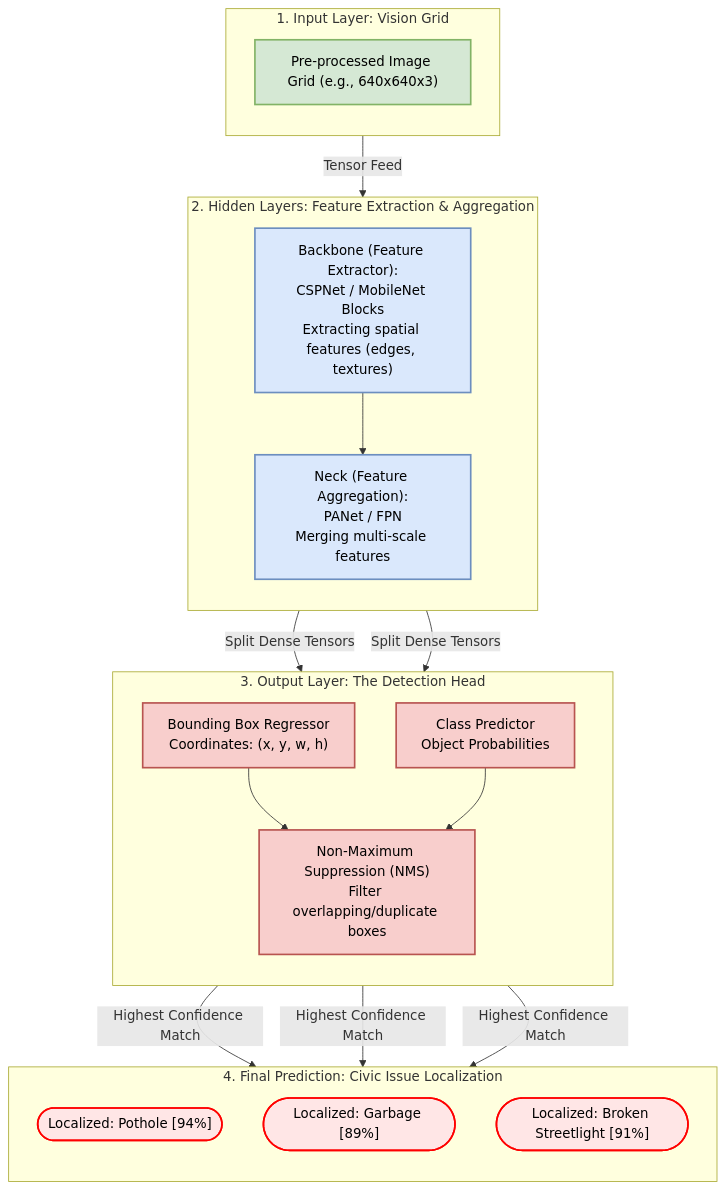
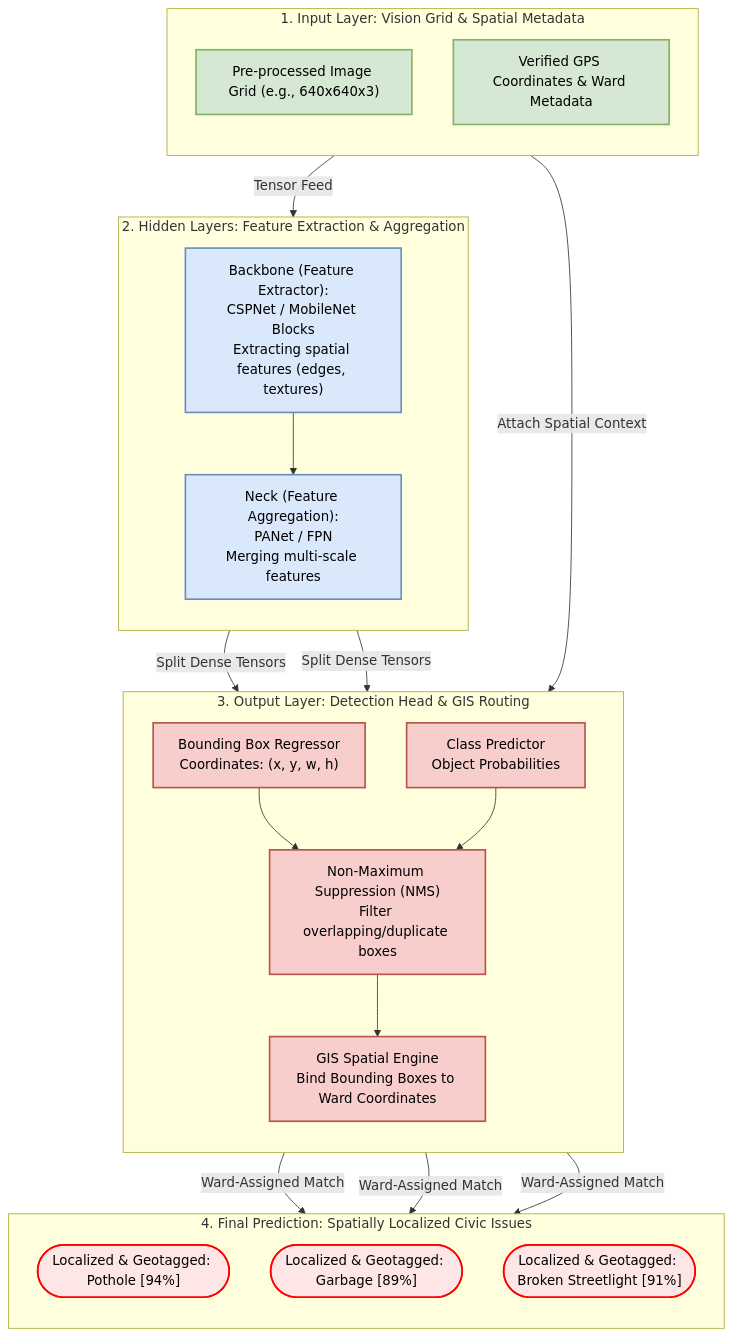
One commit to AryanSahu321/Civic-Issue-Reporting changed the fifth of 7 diagrams in README.md. Above: the diagram before and after it, drawn with Mermaid. The commit also changed other lines of this file, not shown here.

First line of the commit message:
Revise diagrams and descriptions for clarity and context

````diff
--- a/README.md
+++ b/README.md
@@ -450,67 +453,68 @@
 ```mermaid
 graph TD
     %% ==========================================
     %% STYLING & COLOR CODING
     %% ==========================================
-    %% Green for Input Layer
     classDef inputLayer fill:#d5e8d4,stroke:#82b366,stroke-width:2px,color:#000;
-    %% Blue for Backbone/Neck (Hidden Layers)
     classDef hiddenBlock fill:#dae8fc,stroke:#6c8ebf,stroke-width:2px,color:#000;
-    %% Red for Output Layer & Predictions
     classDef outputLayer fill:#f8cecc,stroke:#b85450,stroke-width:2px,color:#000;
     classDef predictLayer fill:#ffe6e6,stroke:#ff0000,stroke-width:2px,color:#000,shape:stadium;
 
     %% ==========================================
-    %% 1. INPUT LAYER
+    %% 1. INPUT LAYER (WITH SPATIAL BINDING)
     %% ==========================================
-    subgraph Sub_Input ["1. Input Layer: Vision Grid"]
+    subgraph Sub_Input ["1. Input Layer: Vision Grid & Spatial Metadata"]
         direction TB
         InputGrid["Pre-processed Image Grid (e.g., 640x640x3)"]:::inputLayer
+        VerifiedGPS["Verified GPS Coordinates & Ward Metadata"]:::inputLayer
     end
 
     %% ==========================================
     %% 2. HIDDEN LAYERS (THE BACKBONE & NECK)
     %% ==========================================
     subgraph Sub_Hidden ["2. Hidden Layers: Feature Extraction & Aggregation"]
         direction TB
         Backbone["Backbone (Feature Extractor):<br>CSPNet / MobileNet Blocks<br>Extracting spatial features (edges, textures)"]:::hiddenBlock
         Neck["Neck (Feature Aggregation):<br>PANet / FPN<br>Merging multi-scale features"]:::hiddenBlock
 
         Backbone --> Neck
     end
 
     %% Connect Input to Hidden
     InputGrid -->|"Tensor Feed"| Backbone
 
     %% ==========================================
-    %% 3. OUTPUT LAYER (THE HEAD)
+    %% 3. OUTPUT LAYER (THE HEAD & GIS MAPPING)
     %% ==========================================
-    subgraph Sub_Output ["3. Output Layer: The Detection Head"]
+    subgraph Sub_Output ["3. Output Layer: Detection Head & GIS Routing"]
         direction TB
         BBRegressor["Bounding Box Regressor<br>Coordinates: (x, y, w, h)"]:::outputLayer
         ClassPredictor["Class Predictor<br>Object Probabilities"]:::outputLayer
         NMS["Non-Maximum Suppression (NMS)<br>Filter overlapping/duplicate boxes"]:::outputLayer
+        GISBind["GIS Spatial Engine<br>Bind Bounding Boxes to Ward Coordinates"]:::outputLayer
 
         BBRegressor --> NMS
         ClassPredictor --> NMS
+        NMS --> GISBind
     end
 
     %% Connect Hidden to Output
     Neck -->|"Split Dense Tensors"| BBRegressor
     Neck -->|"Split Dense Tensors"| ClassPredictor
+    VerifiedGPS -->|"Attach Spatial Context"| GISBind
 
     %% ==========================================
     %% 4. FINAL PREDICTION
     %% ==========================================
-    subgraph Sub_Prediction ["4. Final Prediction: Civic Issue Localization"]
+    subgraph Sub_Prediction ["4. Final Prediction: Spatially Localized Civic Issues"]
         direction TB
-        PredPothole(["Localized: Pothole [94%]"]):::predictLayer
-        PredGarbage(["Localized: Garbage [89%]"]):::predictLayer
-        PredLight(["Localized: Broken Streetlight [91%]"]):::predictLayer
+        PredPothole(["Localized & Geotagged: Pothole [94%]"]):::predictLayer
+        PredGarbage(["Localized & Geotagged: Garbage [89%]"]):::predictLayer
+        PredLight(["Localized & Geotagged: Broken Streetlight [91%]"]):::predictLayer
     end
 
     %% Connect Output to Predictions
-    NMS -->|"Highest Confidence Match"| PredPothole
-    NMS -->|"Highest Confidence Match"| PredGarbage
-    NMS -->|"Highest Confidence Match"| PredLight
+    GISBind -->|"Ward-Assigned Match"| PredPothole
+    GISBind -->|"Ward-Assigned Match"| PredGarbage
+    GISBind -->|"Ward-Assigned Match"| PredLight
 ```
````
